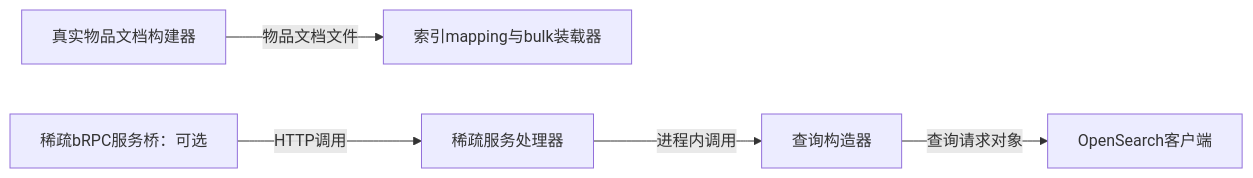
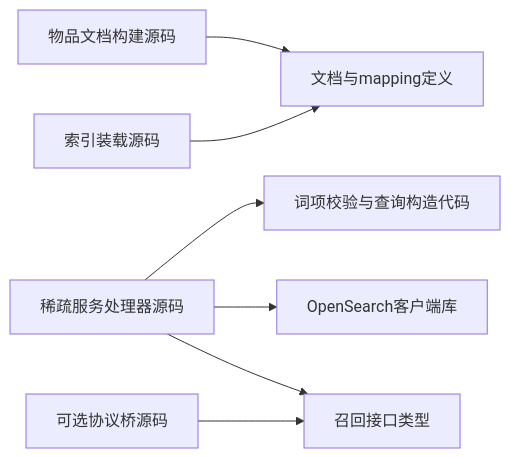
Before and after one commit to bitianyuan123/docs: the seventh of 15 diagrams in 07_other_services.md, drawn with Mermaid. The commit also changed other lines of this file and 141 other files, not shown here.

````diff
--- a/07_other_services.md
+++ b/07_other_services.md
@@ -177,7 +192,9 @@
 ```mermaid
 flowchart LR
-    A[真实物品文档构建器] -->|物品文档文件| B[索引mapping与bulk装载器]
-    C[稀疏服务处理器] -->|进程内调用| D[查询构造器]
-    D -->|查询请求对象| E[OpenSearch客户端]
-    F[稀疏bRPC服务桥：可选] -->|HTTP调用| C
+    A[物品文档构建源码] --> M[文档与mapping定义]
+    B[索引装载源码] --> M
+    C[稀疏服务处理器源码] --> D[词项校验与查询构造代码]
+    C --> E[OpenSearch客户端库]
+    F[可选协议桥源码] --> T[召回接口类型]
+    C --> T
 ```
````
